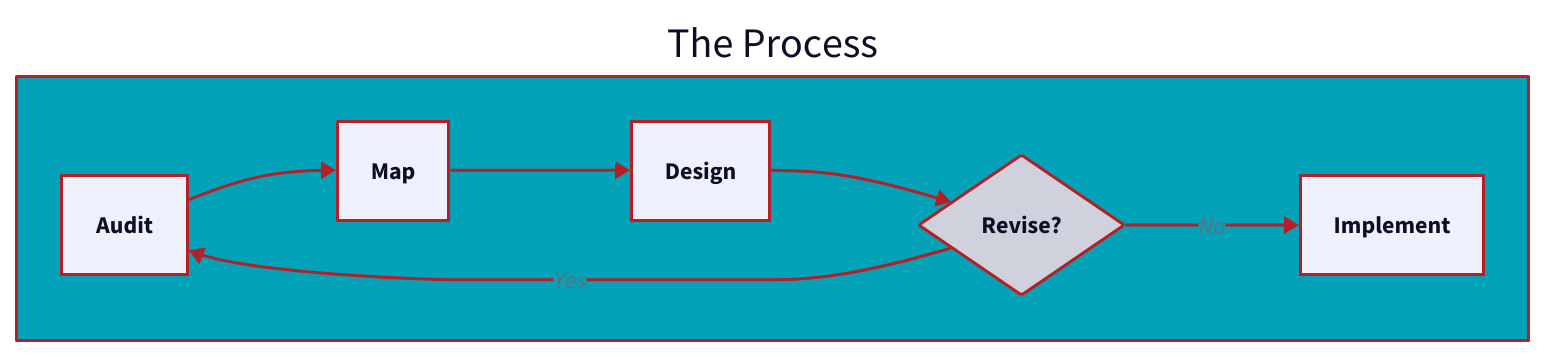
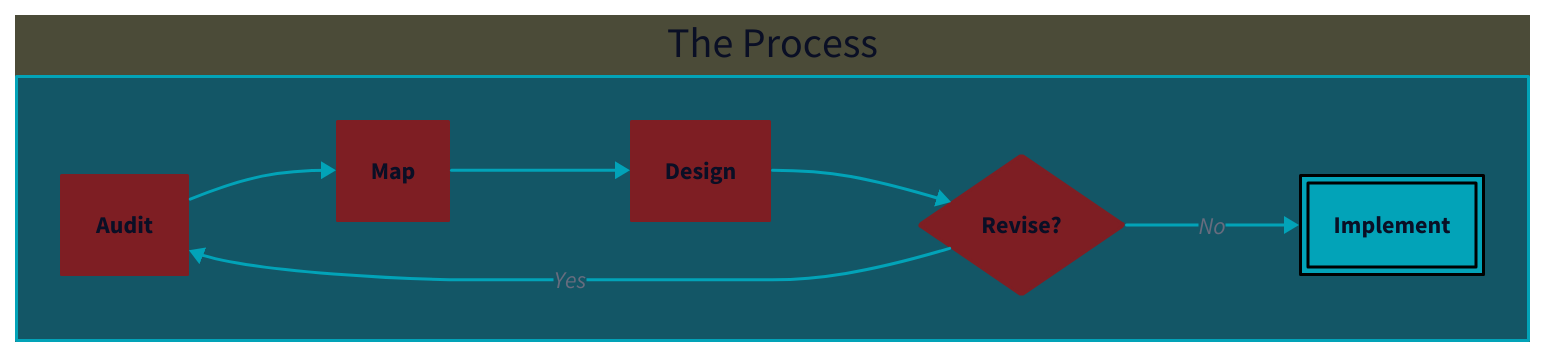
The diagram in src/content/story/plan.mdx (neosartre-nyc/dangerousangels), drawn with D2 before and after one commit. The commit also changed 1 other file, not shown here.

Commit message:
colorCorrection2

````diff
--- a/src/content/story/plan.mdx
+++ b/src/content/story/plan.mdx
@@ -8,26 +8,58 @@
 ```d2
 vars: {
-  d2-config: {
-    theme-overrides: {
-      B1: "#b71e26"
-      B2: "#7e1e23"
-      B3: "#135666"
-      B4: "#02a3b8"
+  B1: "#b71e26"
+  B2: "#7e1e23"
+  B3: "#135666"
+  B4: "#02a3b8"
+  AA2: "#7e1e23"
+  AA4: "#590e12"
+  AA5: "#f5f5f1"
+  AB4: "#4b4b38"
+  AB5: "#424233"
+}
 
-      AA2: "#7e1e23"
-      AA4: "#590e12"
-      AA5: "#f5f5f1"
+direction: right
+style.fill: "#4b4b38"
+The Process: {
+  style: {
+    stroke: ${B4}
+    fill: ${B3}
+  }
+  Audit -> Map -> Design -> Revise?:{
+    style: {
+    stroke: ${B4}
+    fill: ${B3}
+  }
+  }
 
-      AB4: "#4b4b38"
-      AB5: "#424233"
-    }
+
+  Revise?.shape: diamond
+  Revise? -> Implement: No {
+    style.stroke: ${B4}
   }
-}
-direction: right
-The Process{
-Audit -> Map -> Design -> Revise?
-Revise?.shape: diamond
-Revise? -> Implement: No
-Revise? -> Audit: Yes
+  Revise? -> Audit: Yes {
+    style.stroke: ${B4}
+  }
+
+  # Reference the variables using ${var_name}
+  Audit.style:{
+    fill: ${B2}
+    stroke: ${B2}
+  }
+  Map.style:{
+    fill: ${B2}
+    stroke: ${B2}
+  }
+  Design.style:{
+    fill: ${B2}
+    stroke: ${B2}
+  }
+  Revise?.style:{
+    fill: ${B2}
+    stroke: ${B2}
+  }
+  Implement.style.fill: ${B4}
+  Implement.style.double-border: true
+  Implement.style.stroke: "black"
 }
 ```
````
